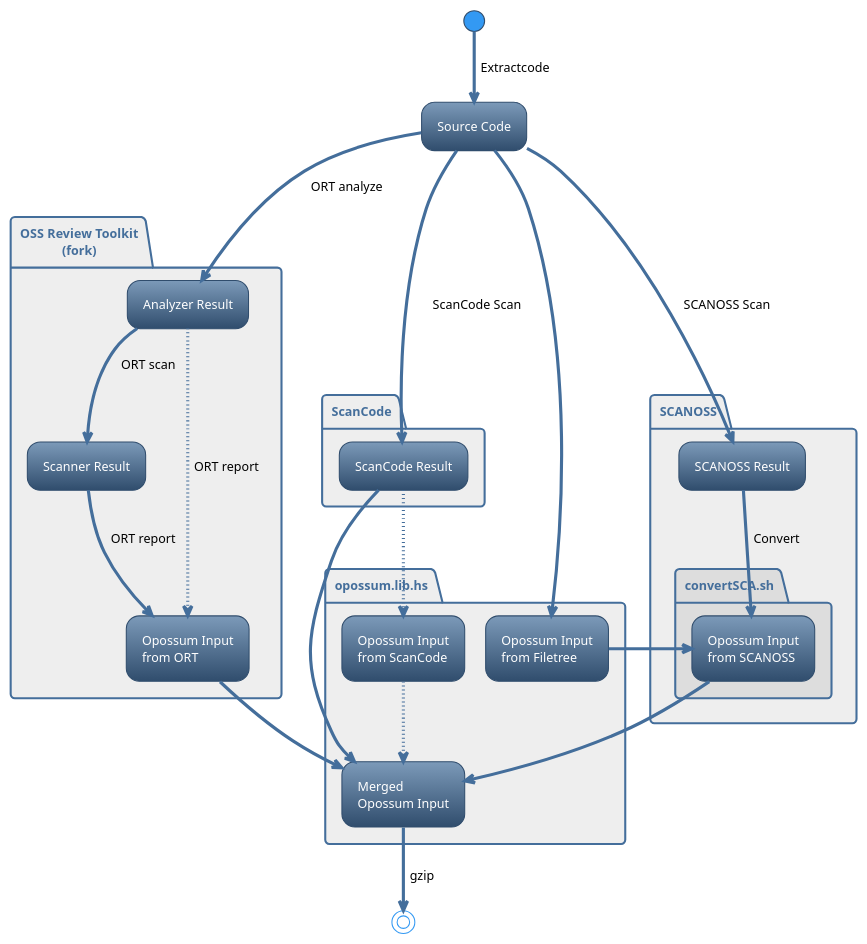
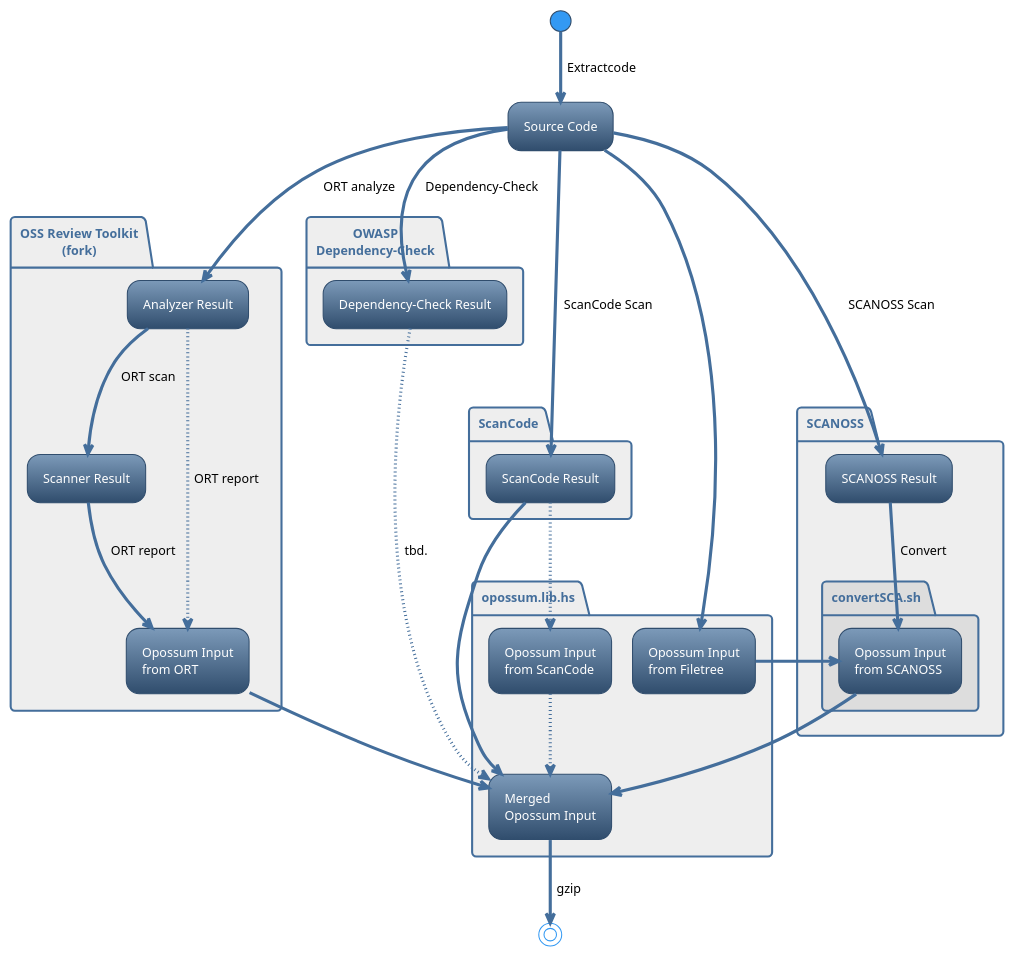
Before and after one commit to opossum-tool/aioc: the diagram in README.puml, drawn with PlantUML. The commit also changed 5 other files, not shown here.

```diff
--- a/README.puml
+++ b/README.puml
@@ -1,42 +1,47 @@
 @startuml
 
 !theme spacelab
 skinparam ArrowFontColor #000000
 
 (*) -->[Extractcode] "Source Code"
 
 partition "OSS Review Toolkit\n(fork)" #eeeeee {
     "Source Code" -->[ORT analyze] "Analyzer Result"
     "Analyzer Result" -->[ORT scan] "Scanner Result"
     "Analyzer Result" ...>[ORT report] "Opossum Input\nfrom ORT"
     "Scanner Result" -->[ORT report] "Opossum Input\nfrom ORT"
 }
 
 partition ScanCode #eeeeee {
     "Source Code" -->[ScanCode Scan] "ScanCode Result"
 }
 
+partition "OWASP\nDependency-Check" #eeeeee {
+    "Source Code" -->[Dependency-Check] "Dependency-Check Result"
+}
+
 partition SCANOSS #eeeeee {
     "Source Code" --->[SCANOSS Scan] "SCANOSS Result"
     partition convertSCA.sh #dddddd {
         "SCANOSS Result" -->[Convert] "Opossum Input\nfrom SCANOSS"
     }
 }
 
 partition opossum.lib.hs #eeeeee {
     "Source Code" ---> "Opossum Input\nfrom Filetree"
 
     "ScanCode Result" ..> "Opossum Input\nfrom ScanCode"
     "Opossum Input\nfrom ScanCode" ..> "Merged\nOpossum Input"
     "Opossum Input\nfrom ORT" --> "Merged\nOpossum Input"
     "ScanCode Result" --> "Merged\nOpossum Input"
     "Opossum Input\nfrom SCANOSS" --> "Merged\nOpossum Input"
+    "Dependency-Check Result" ..>[tbd.] "Merged\nOpossum Input"
 }
 
 partition SCANOSS #eeeeee {
     "Opossum Input\nfrom Filetree" --> "Opossum Input\nfrom SCANOSS"
 }
 
 "Merged\nOpossum Input" -->[gzip] (*)
 
 @enduml
```
